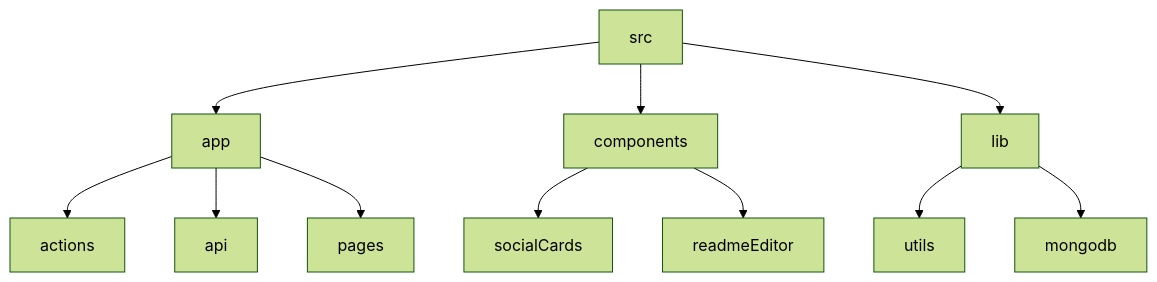
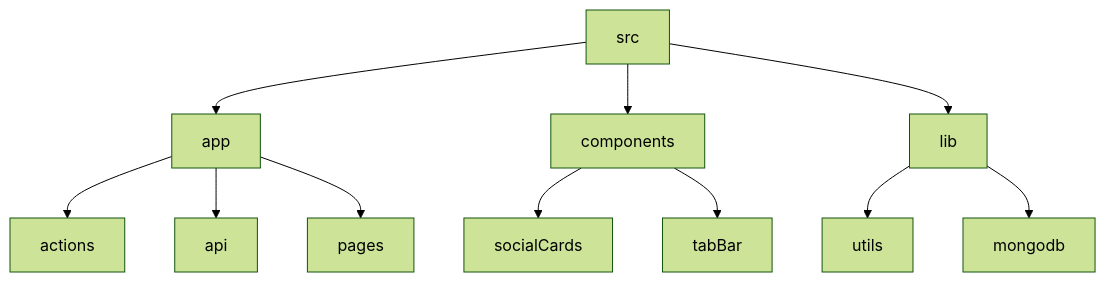
The diagram in README.md (abhraneeldhar7/gitfull), drawn with Mermaid (forest theme) before and after one commit. The commit also changed other lines of this file, not shown here.

````diff
--- a/README.md
+++ b/README.md
@@ -30,13 +19,13 @@
 ```mermaid
 graph TD;
   src-->app;
   src-->components;
   src-->lib;
   app-->actions;
   app-->api;
   app-->pages;
   components-->socialCards;
-  components-->readmeEditor;
+  components-->tabBar;
   lib-->utils;
   lib-->mongodb;
 ```
````
